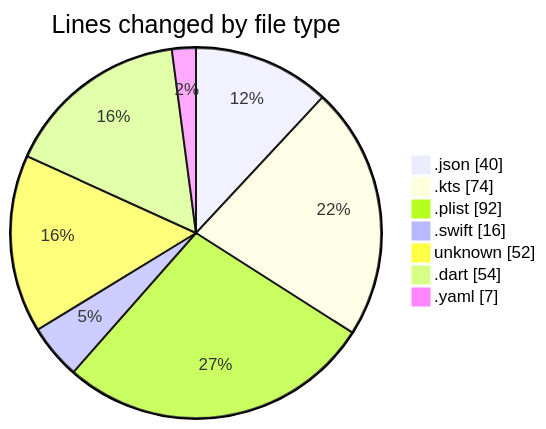
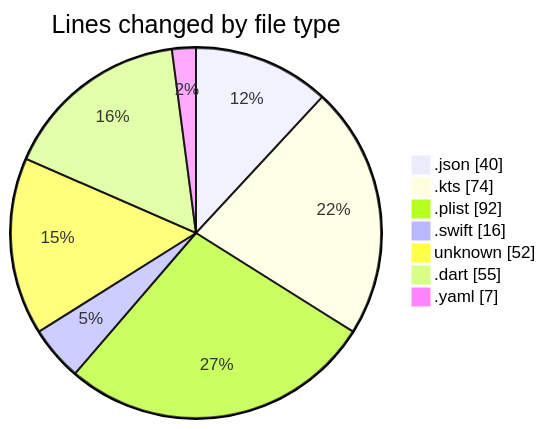
The first of 2 diagrams in 2025-09-02/20m/README.md (lephambinh05/code-tracking), drawn with Mermaid before and after one commit. The commit also changed other lines of this file and 1 other file, not shown here.

````diff
--- a/2025-09-02/20m/README.md
+++ b/2025-09-02/20m/README.md
@@ -31,11 +32,11 @@
 ```mermaid
 pie showData
 title Lines changed by file type
 ".json" : 40
 ".kts" : 74
 ".plist" : 92
 ".swift" : 16
 "unknown" : 52
-".dart" : 54
+".dart" : 55
 ".yaml" : 7
 ```
````
